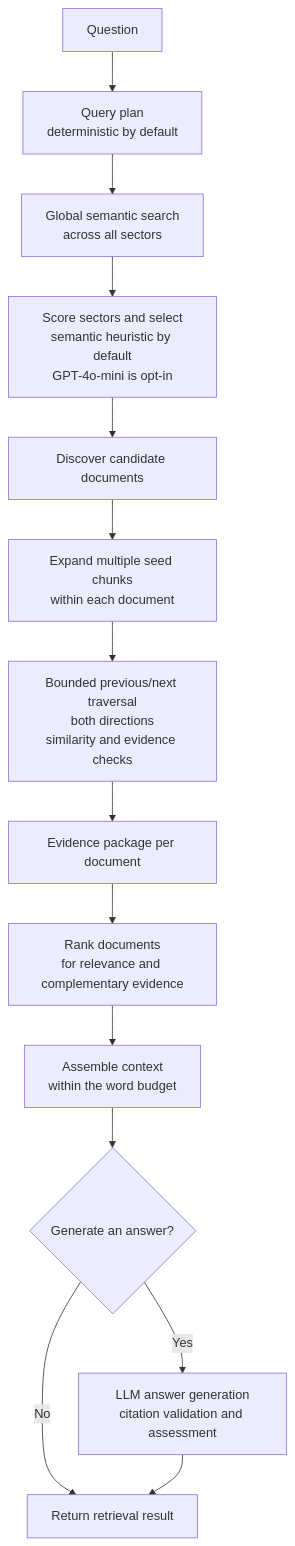
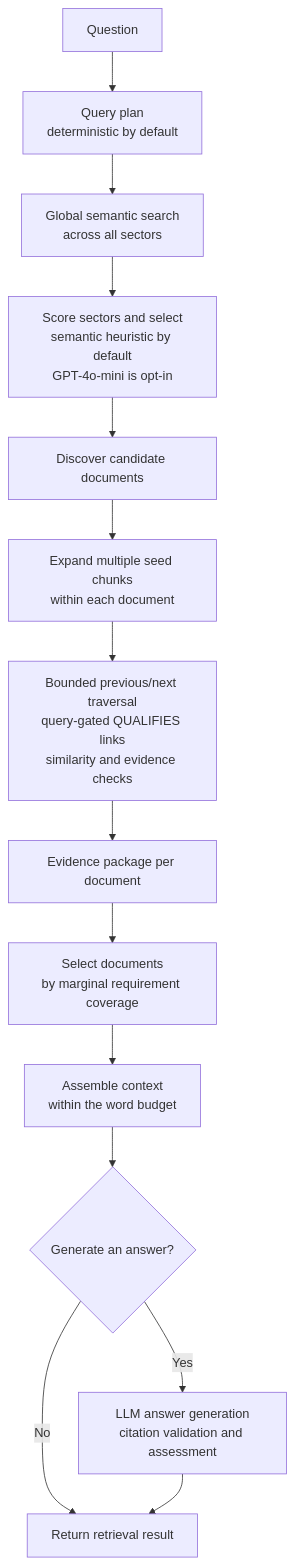
One commit to gahanlal/Contextweave changed the diagram in README.md. Above: the diagram before and after it, drawn with Mermaid. The commit also changed other lines of this file and 11 other files, not shown here.

````diff
--- a/README.md
+++ b/README.md
@@ -17,16 +17,16 @@
 ```mermaid
 flowchart TD
     Q[Question] --> P[Query plan<br/>deterministic by default]
     P --> S[Global semantic search<br/>across all sectors]
     S --> SS[Score sectors and select<br/>semantic heuristic by default<br/>GPT-4o-mini is opt-in]
     SS --> D[Discover candidate documents]
     D --> X[Expand multiple seed chunks<br/>within each document]
-    X --> G[Bounded previous/next traversal<br/>both directions<br/>similarity and evidence checks]
+    X --> G[Bounded previous/next traversal<br/>query-gated QUALIFIES links<br/>similarity and evidence checks]
     G --> E[Evidence package per document]
-    E --> R[Rank documents<br/>for relevance and complementary evidence]
+    E --> R[Select documents<br/>by marginal requirement coverage]
     R --> C[Assemble context<br/>within the word budget]
     C --> A{Generate an answer?}
     A -->|Yes| L[LLM answer generation<br/>citation validation and assessment]
     A -->|No| O[Return retrieval result]
     L --> O
 ```
````
